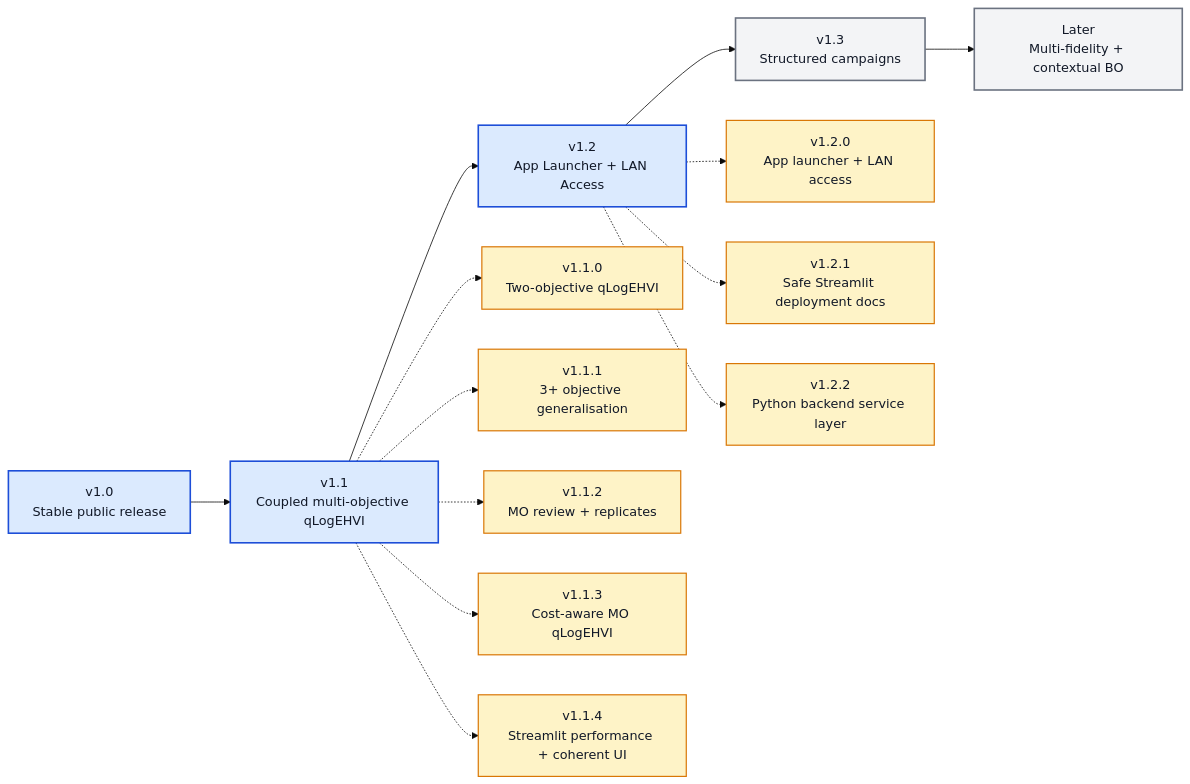
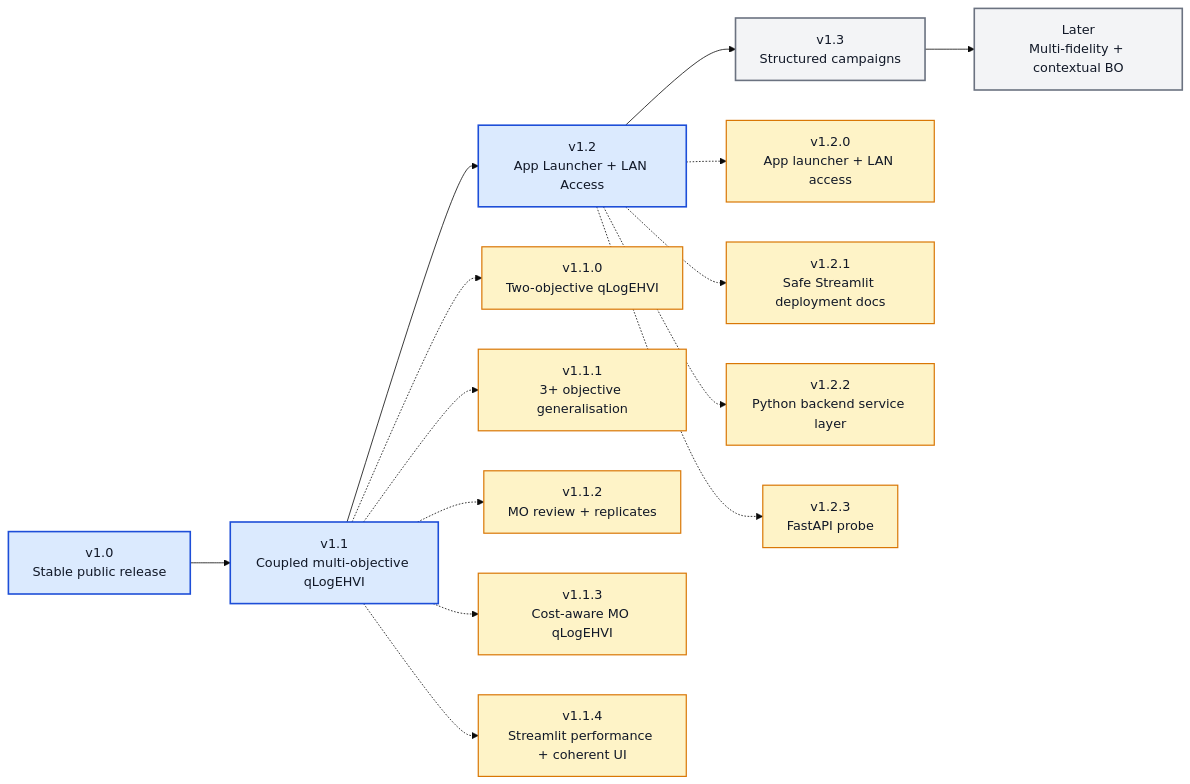
Before and after one commit to angzeli/bo-forge: the diagram in ROADMAP_V1_X.md, drawn with Mermaid (base theme). The commit also changed other lines of this file and 20 other files, not shown here.

Commit message:
v1.2.3 update: FastAPI probe

````diff
--- a/ROADMAP_V1_X.md
+++ b/ROADMAP_V1_X.md
@@ -7,30 +7,32 @@
 ```mermaid
 flowchart LR
     v10["v1.0<br/>Stable public release"] --> v11["v1.1<br/>Coupled multi-objective qLogEHVI"] --> v12["v1.2<br/>App Launcher + LAN Access"] --> v13["v1.3<br/>Structured campaigns"] --> later["Later<br/>Multi-fidelity + contextual BO"]
 
     v110["v1.1.0<br/>Two-objective qLogEHVI"]
     v111["v1.1.1<br/>3+ objective generalisation"]
     v112["v1.1.2<br/>MO review + replicates"]
     v113["v1.1.3<br/>Cost-aware MO qLogEHVI"]
     v114["v1.1.4<br/>Streamlit performance + coherent UI"]
     v120["v1.2.0<br/>App launcher + LAN access"]
     v121["v1.2.1<br/>Safe Streamlit deployment docs"]
     v122["v1.2.2<br/>Python backend service layer"]
+    v123["v1.2.3<br/>FastAPI probe"]
     
     v11 -.-> v110
     v11 -.-> v111
     v11 -.-> v112
     v11 -.-> v113
     v11 -.-> v114
     v12 -.-> v120
     v12 -.-> v121
     v12 -.-> v122
+    v12 -.-> v123
 
     class v10,v11,v12 majorDone
     class v13,later majorFuture
-    class v110,v111,v112,v113,v114,v120,v121,v122 patchDone
+    class v110,v111,v112,v113,v114,v120,v121,v122,v123 patchDone
 
     classDef majorDone fill:#dbeafe,stroke:#1d4ed8,stroke-width:2px,color:#111827;
     classDef majorFuture fill:#f3f4f6,stroke:#6b7280,stroke-width:2px,color:#111827;
     classDef patchDone fill:#fef3c7,stroke:#d97706,stroke-width:1.5px,color:#111827;
 ```
````
